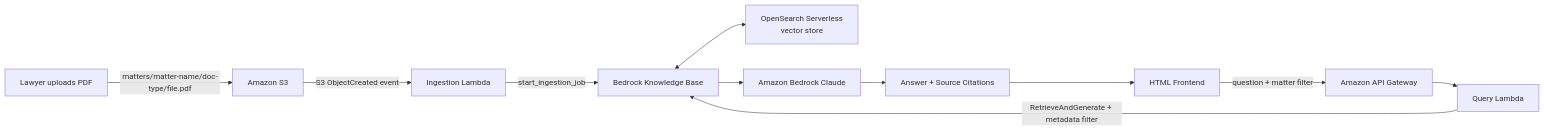
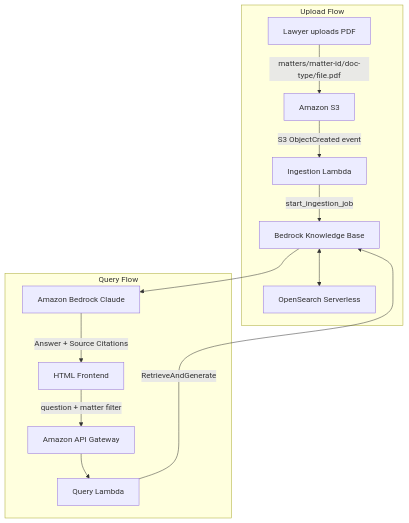
One commit to nathanielkay11-tech/aws-bedrock-rag-pipeline changed the diagram in README.md. Above: the diagram before and after it, drawn with Mermaid.

Commit message:
docs: restructure architecture diagram into upload and query flows

````diff
--- a/README.md
+++ b/README.md
@@ -150,13 +150,17 @@
 ```mermaid
-graph LR
-    A[Lawyer uploads PDF] -->|matters/matter-name/doc-type/file.pdf| B[Amazon S3]
-    B -->|S3 ObjectCreated event| C[Ingestion Lambda]
-    C -->|start_ingestion_job| D[Bedrock Knowledge Base]
-    D <--> E[OpenSearch Serverless\nvector store]
-    F[HTML Frontend] -->|question + matter filter| G[Amazon API Gateway]
-    G --> H[Query Lambda]
-    H -->|RetrieveAndGenerate + metadata filter| D
-    D --> I[Amazon Bedrock Claude]
-    I --> J[Answer + Source Citations]
-    J --> F
+graph TD
+    subgraph Upload Flow
+        A[Lawyer uploads PDF] -->|matters/matter-id/doc-type/file.pdf| B[Amazon S3]
+        B -->|S3 ObjectCreated event| C[Ingestion Lambda]
+        C -->|start_ingestion_job| D[Bedrock Knowledge Base]
+        D <--> E[OpenSearch Serverless]
+    end
+
+    subgraph Query Flow
+        F[HTML Frontend] -->|question + matter filter| G[Amazon API Gateway]
+        G --> H[Query Lambda]
+        H -->|RetrieveAndGenerate| D
+        D --> I[Amazon Bedrock Claude]
+        I -->|Answer + Source Citations| F
+    end
 ```
````
